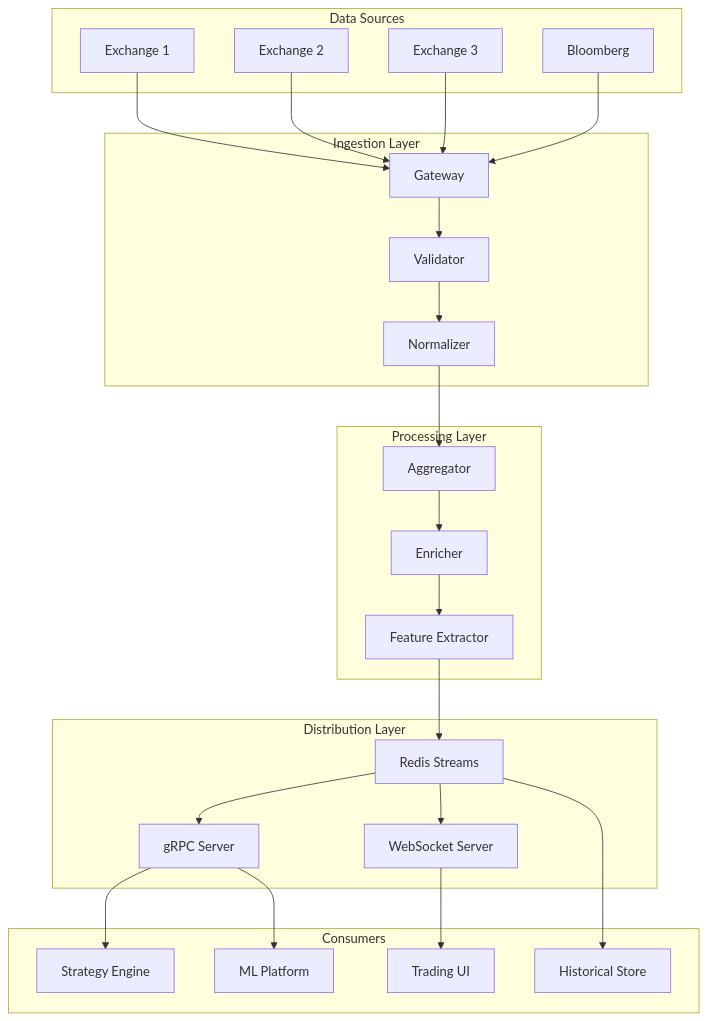
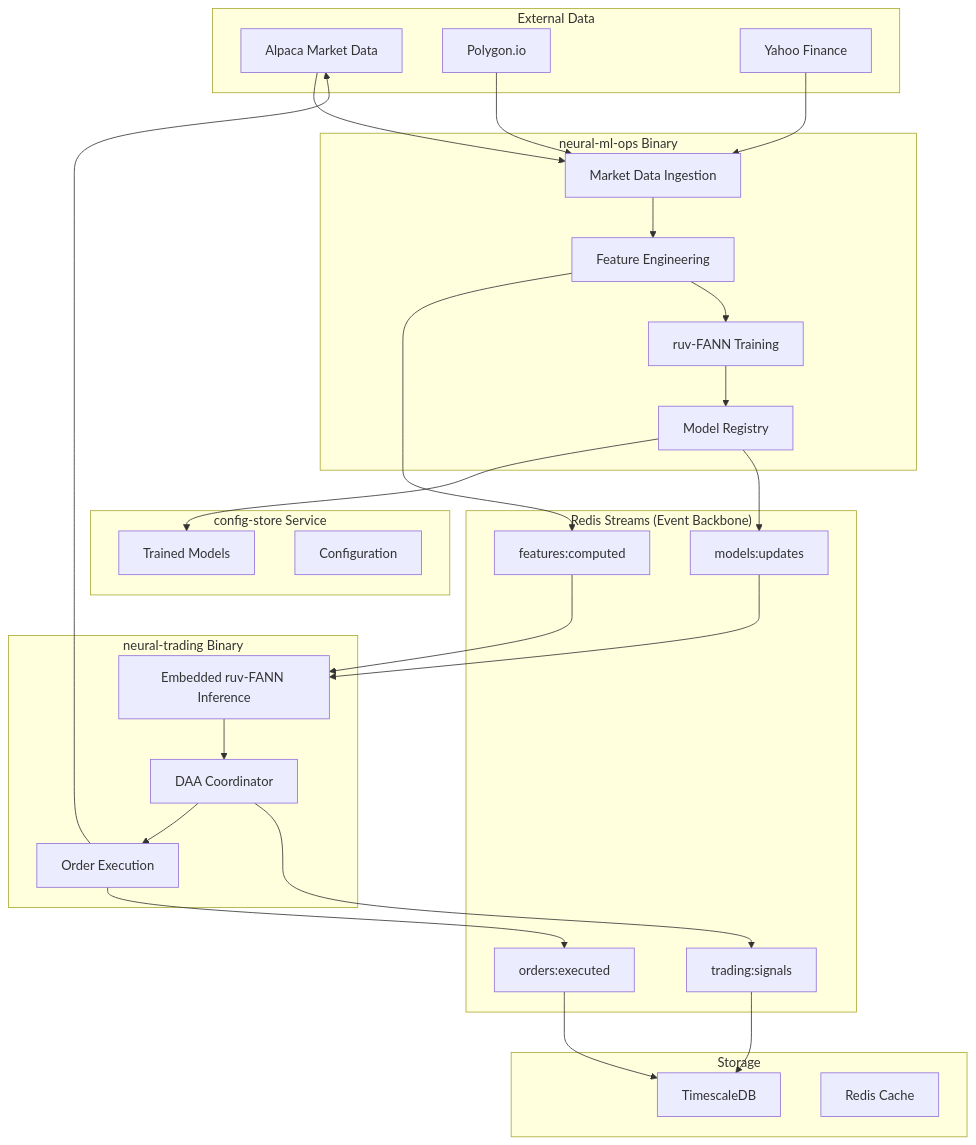
The diagram in product/features/v2Planning/phase3/architecture/integration-patterns.md (dug-21/neural-data-platform), drawn with Mermaid before and after one commit. The commit also changed other lines of this file and 35 other files, not shown here.

First line of the commit message:
docs(phase3): add comprehensive architecture and implementation documentation

````diff
--- a/product/features/v2Planning/phase3/architecture/integration-patterns.md
+++ b/product/features/v2Planning/phase3/architecture/integration-patterns.md
@@ -122,54 +148,61 @@
 ```mermaid
 graph TB
-    subgraph "Data Sources"
-        EX1[Exchange 1]
-        EX2[Exchange 2]
-        EX3[Exchange 3]
-        BB[Bloomberg]
+    subgraph "External Data"
+        ALPACA[Alpaca Market Data]
+        POLYGON[Polygon.io]
+        YAHOO[Yahoo Finance]
     end
     
-    subgraph "Ingestion Layer"
-        GW[Gateway]
-        VAL[Validator]
-        NORM[Normalizer]
+    subgraph "neural-ml-ops Binary"
+        INGEST[Market Data Ingestion]
+        FEATURES[Feature Engineering]
+        TRAINING[ruv-FANN Training]
+        REGISTRY[Model Registry]
     end
     
-    subgraph "Processing Layer"
-        AGG[Aggregator]
-        ENR[Enricher]
-        FEAT[Feature Extractor]
+    subgraph "Redis Streams (Event Backbone)"
+        FEAT_STREAM[features:computed]
+        MODEL_STREAM[models:updates]
+        SIGNAL_STREAM[trading:signals]
+        ORDER_STREAM[orders:executed]
     end
     
-    subgraph "Distribution Layer"
-        REDIS[Redis Streams]
-        WS[WebSocket Server]
-        GRPC[gRPC Server]
+    subgraph "neural-trading Binary"
+        DAA[DAA Coordinator]
+        INFERENCE[Embedded ruv-FANN Inference]
+        EXECUTION[Order Execution]
     end
     
-    subgraph "Consumers"
-        STRAT[Strategy Engine]
-        ML[ML Platform]
-        UI[Trading UI]
-        HIST[Historical Store]
+    subgraph "config-store Service"
+        MODELS[Trained Models]
+        CONFIG[Configuration]
     end
     
-    EX1 --> GW
-    EX2 --> GW
-    EX3 --> GW
-    BB --> GW
+    subgraph "Storage"
+        TIMESCALE[TimescaleDB]
+        REDIS_CACHE[Redis Cache]
+    end
     
-    GW --> VAL
-    VAL --> NORM
-    NORM --> AGG
-    AGG --> ENR
-    ENR --> FEAT
+    ALPACA --> INGEST
+    POLYGON --> INGEST
+    YAHOO --> INGEST
     
-    FEAT --> REDIS
-    REDIS --> WS
-    REDIS --> GRPC
+    INGEST --> FEATURES
+    FEATURES --> FEAT_STREAM
+    FEATURES --> TRAINING
+    TRAINING --> REGISTRY
+    REGISTRY --> MODELS
+    REGISTRY --> MODEL_STREAM
     
-    WS --> UI
-    GRPC --> STRAT
-    GRPC --> ML
-    REDIS --> HIST
+    FEAT_STREAM --> INFERENCE
+    MODEL_STREAM --> INFERENCE
+    INFERENCE --> DAA
+    DAA --> EXECUTION
+    EXECUTION --> ALPACA
+    
+    DAA --> SIGNAL_STREAM
+    EXECUTION --> ORDER_STREAM
+    
+    SIGNAL_STREAM --> TIMESCALE
+    ORDER_STREAM --> TIMESCALE
 ```
````
